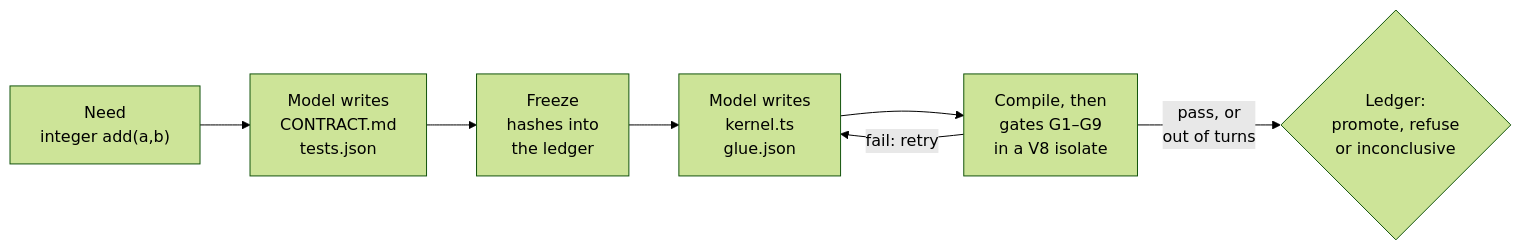
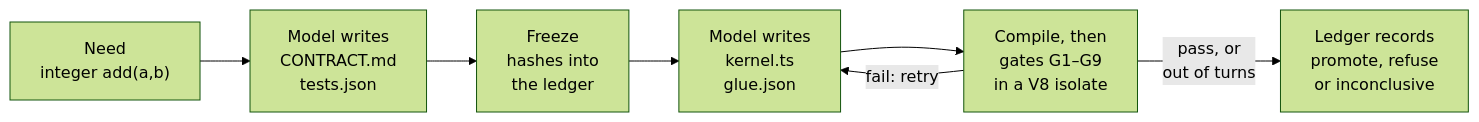
The diagram in README.md (Akilleez-QA/endoforge), drawn with Mermaid (forest theme) before and after one commit.

Commit message:
README: decision node as a box so its text is not shrunk

````diff
--- a/README.md
+++ b/README.md
@@ -35,9 +35,9 @@
 ```mermaid
 flowchart LR
   need["Need<br/>integer add(a,b)"] --> spec["Model writes<br/>CONTRACT.md<br/>tests.json"]
   spec --> freeze["Freeze<br/>hashes into<br/>the ledger"]
   freeze --> impl["Model writes<br/>kernel.ts<br/>glue.json"]
   impl --> gates["Compile, then<br/>gates G1–G9<br/>in a V8 isolate"]
   gates -- "fail: retry" --> impl
-  gates -- "pass, or<br/>out of turns" --> decision{"Ledger:<br/>promote, refuse<br/>or inconclusive"}
+  gates -- "pass, or<br/>out of turns" --> decision["Ledger records<br/>promote, refuse<br/>or inconclusive"]
 ```
````
